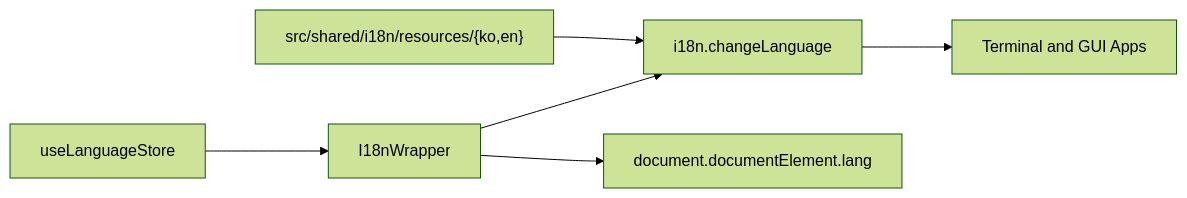
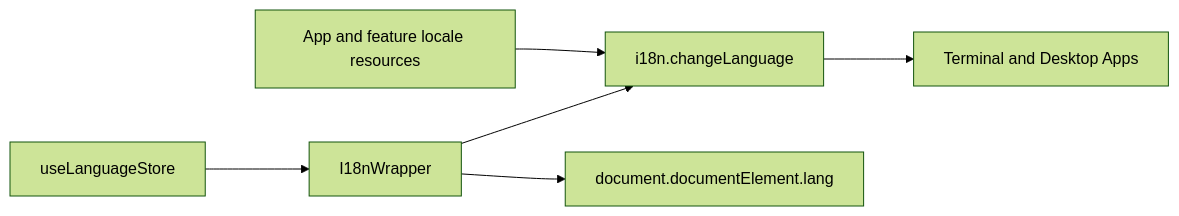
One commit to noonnofus/Portfolio-terminal-OS changed the second of 4 diagrams in docs/ARCHITECTURE.md. Above: the diagram before and after it, drawn with Mermaid (forest theme). The commit also changed other lines of this file and 187 other files, not shown here.

Commit message:
refactor: migrate GUI namespace to Desktop

````diff
--- a/docs/ARCHITECTURE.md
+++ b/docs/ARCHITECTURE.md
@@ -47,8 +47,8 @@
 ```mermaid
 flowchart LR
     LanguageStore["useLanguageStore"] --> I18nWrapper
     I18nWrapper --> I18next["i18n.changeLanguage"]
     I18nWrapper --> HtmlLang["document.documentElement.lang"]
-    LocaleJSON["src/shared/i18n/resources/{ko,en}"] --> I18next
-    I18next --> Apps["Terminal and GUI Apps"]
+    LocaleJSON["App and feature locale resources"] --> I18next
+    I18next --> Apps["Terminal and Desktop Apps"]
 ```
````
